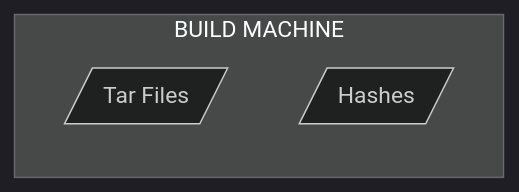
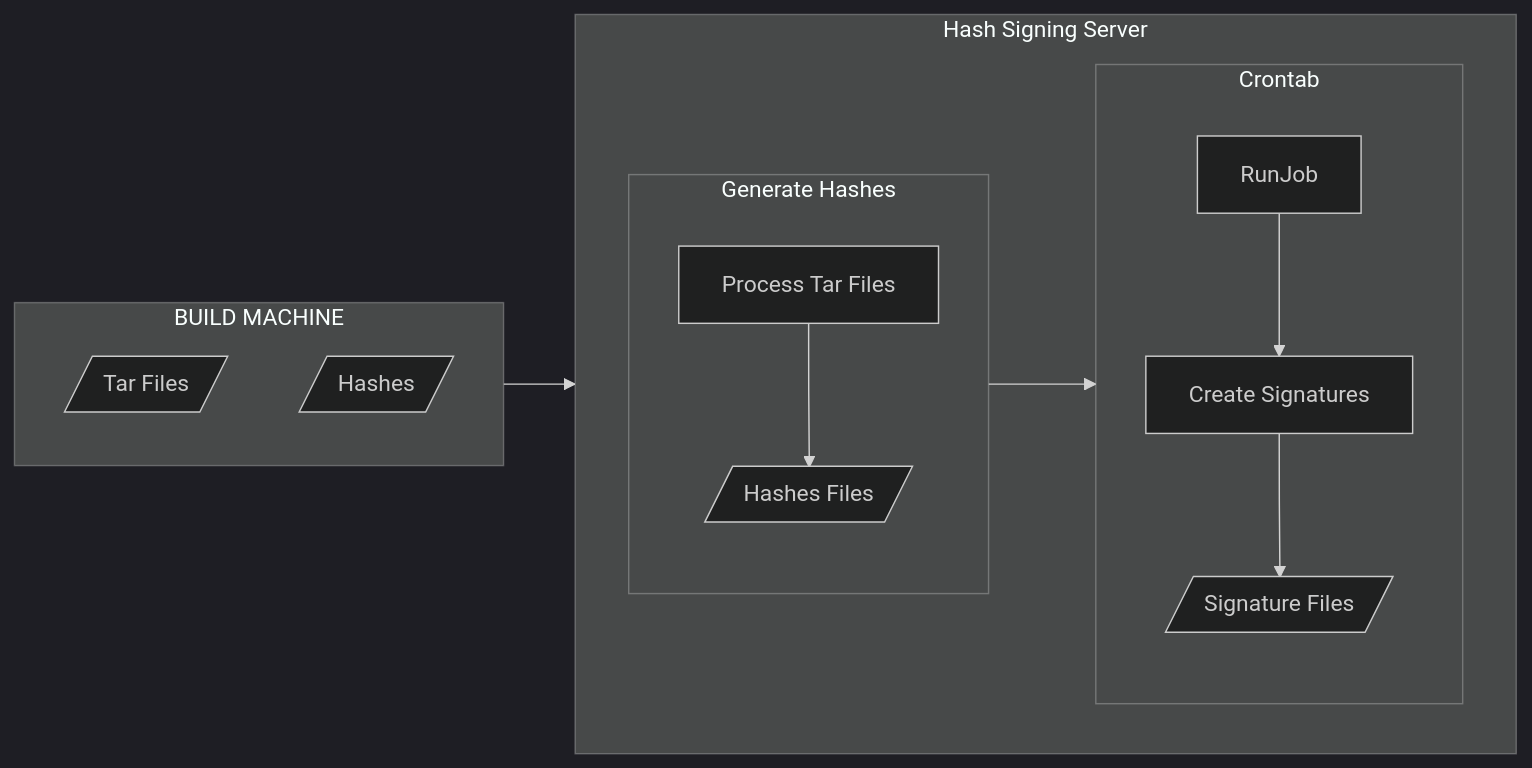
Before and after one commit to lopezji/test-repository: the diagram in README.md, drawn with Mermaid (dark theme).

````diff
--- a/README.md
+++ b/README.md
@@ -4,9 +4,30 @@
 ```mermaid
 %%{init: {"flowchart": {"htmlLabels": false}} }%%
 flowchart LR
     subgraph a["BUILD MACHINE"]
         direction TB
             a1[/Tar Files/]
             a2[/Hashes/]
     end
+
+     subgraph b["Hash Signing Server"]
+        direction LR
+            subgraph b1[Generate Hashes]
+                direction TB
+                 b11[Process Tar Files] --> b12[/Hashes Files/]
+            end
+
+            subgraph Crontab
+                direction TB 
+                RunJob --> b2[Create Signatures]
+                b2 --> b3[/Signature Files/]
+            end 
+
+
+
+            b1 --> Crontab
+            
+     end               
+
+     a --> b
 ```
````
